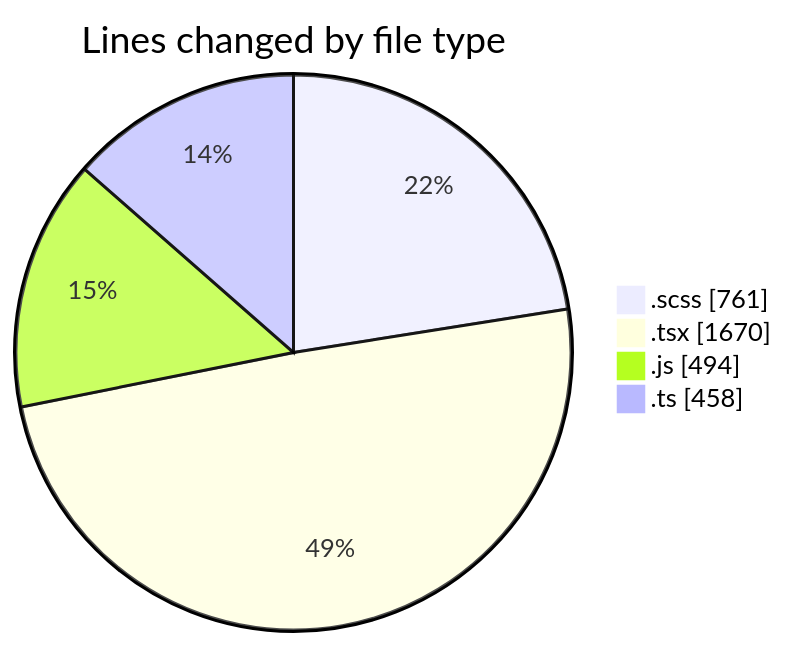
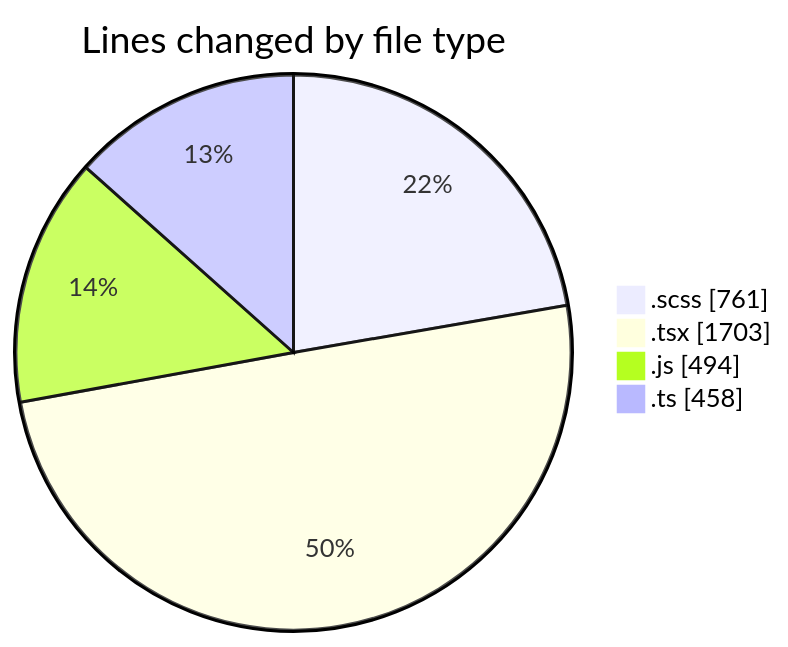
Before and after one commit to momahboobian/code-tracking: the first of 2 diagrams in 2025-03-14/cda/README.md, drawn with Mermaid. The commit also changed other lines of this file and 1 other file, not shown here.

````diff
--- a/2025-03-14/cda/README.md
+++ b/2025-03-14/cda/README.md
@@ -36,8 +38,8 @@
 ```mermaid
 pie showData
 title Lines changed by file type
 ".scss" : 761
-".tsx" : 1670
+".tsx" : 1703
 ".js" : 494
 ".ts" : 458
 ```
````
